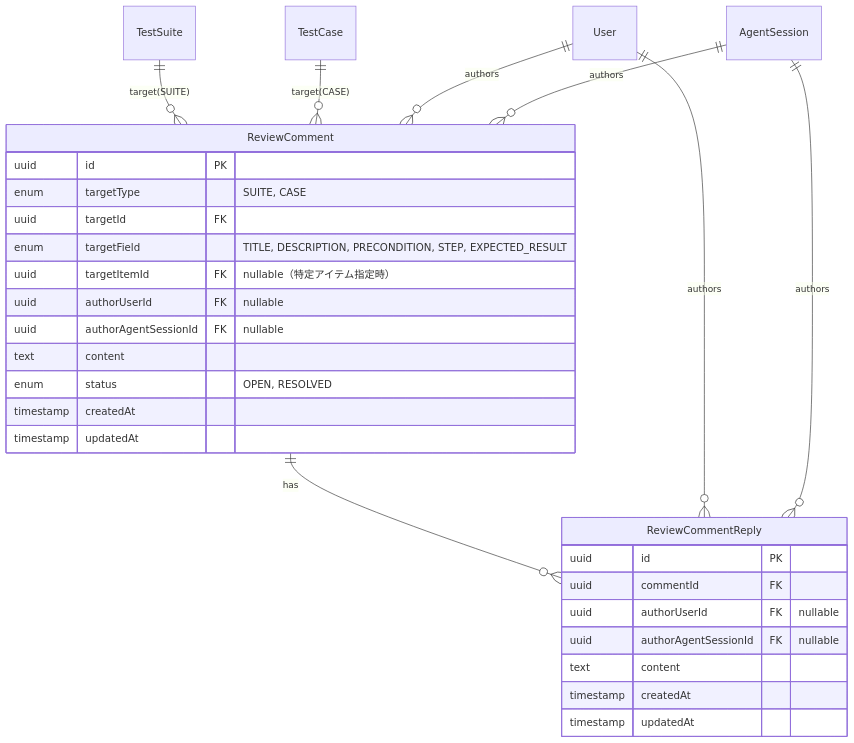
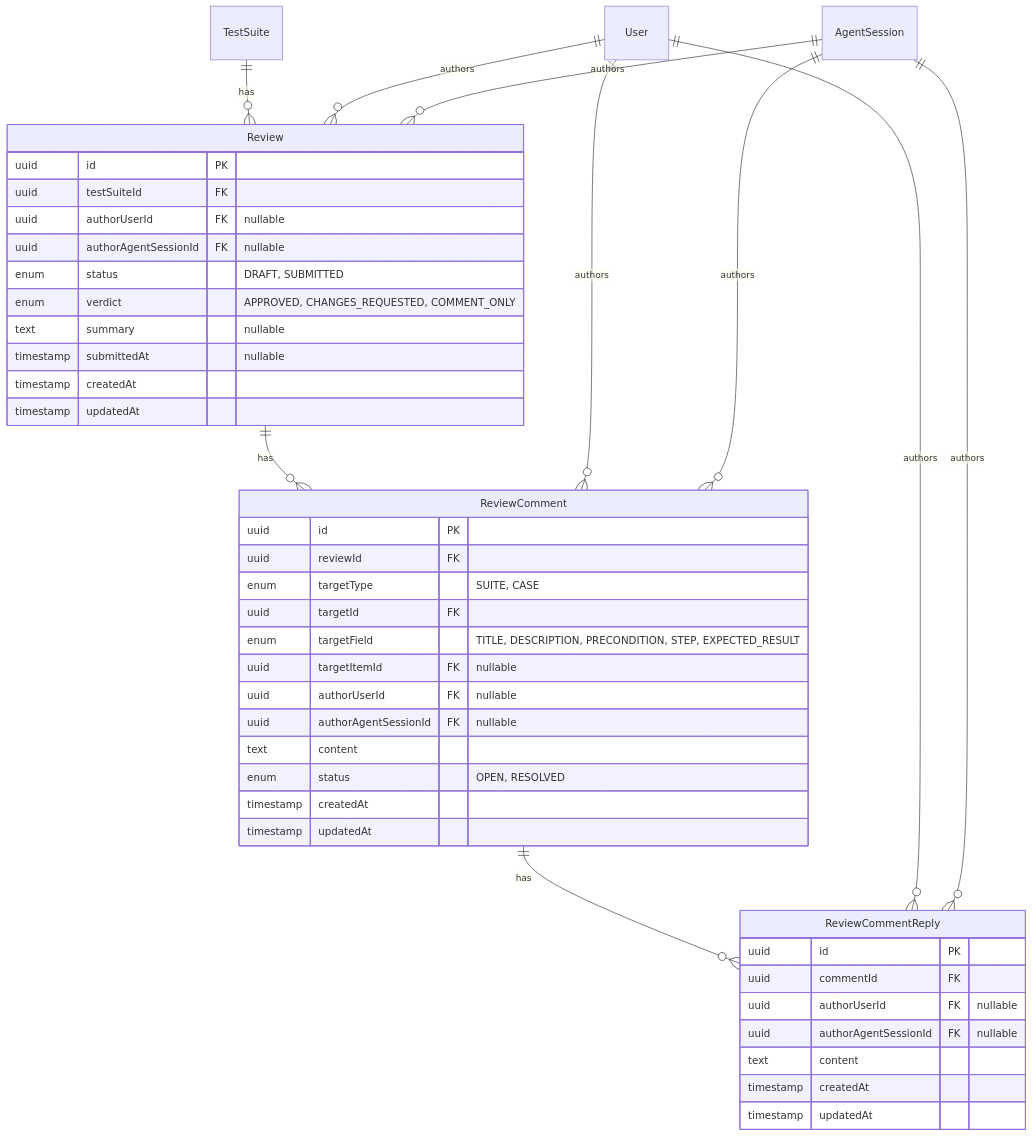
One commit to tsutsumi389/agentest changed the seventh of 7 diagrams in docs/architecture/features/review-comment.md. Above: the diagram before and after it, drawn with Mermaid. The commit also changed other lines of this file and 1 other file, not shown here.

First line of the commit message:
feat: Implement review feature with session-based commenting system

````diff
--- a/docs/architecture/features/review-comment.md
+++ b/docs/architecture/features/review-comment.md
@@ -228,34 +340,50 @@
 ```mermaid
 erDiagram
-    TestSuite ||--o{ ReviewComment : "target(SUITE)"
-    TestCase ||--o{ ReviewComment : "target(CASE)"
+    TestSuite ||--o{ Review : "has"
+    Review ||--o{ ReviewComment : "has"
     ReviewComment ||--o{ ReviewCommentReply : "has"
+    User ||--o{ Review : "authors"
     User ||--o{ ReviewComment : "authors"
     User ||--o{ ReviewCommentReply : "authors"
+    AgentSession ||--o{ Review : "authors"
     AgentSession ||--o{ ReviewComment : "authors"
     AgentSession ||--o{ ReviewCommentReply : "authors"
 
+    Review {
+        uuid id PK
+        uuid testSuiteId FK
+        uuid authorUserId FK "nullable"
+        uuid authorAgentSessionId FK "nullable"
+        enum status "DRAFT, SUBMITTED"
+        enum verdict "APPROVED, CHANGES_REQUESTED, COMMENT_ONLY"
+        text summary "nullable"
+        timestamp submittedAt "nullable"
+        timestamp createdAt
+        timestamp updatedAt
+    }
+
     ReviewComment {
         uuid id PK
+        uuid reviewId FK
         enum targetType "SUITE, CASE"
         uuid targetId FK
         enum targetField "TITLE, DESCRIPTION, PRECONDITION, STEP, EXPECTED_RESULT"
-        uuid targetItemId FK "nullable（特定アイテム指定時）"
+        uuid targetItemId FK "nullable"
         uuid authorUserId FK "nullable"
         uuid authorAgentSessionId FK "nullable"
         text content
         enum status "OPEN, RESOLVED"
         timestamp createdAt
         timestamp updatedAt
     }
 
     ReviewCommentReply {
         uuid id PK
         uuid commentId FK
         uuid authorUserId FK "nullable"
         uuid authorAgentSessionId FK "nullable"
         text content
         timestamp createdAt
         timestamp updatedAt
     }
 ```
````
